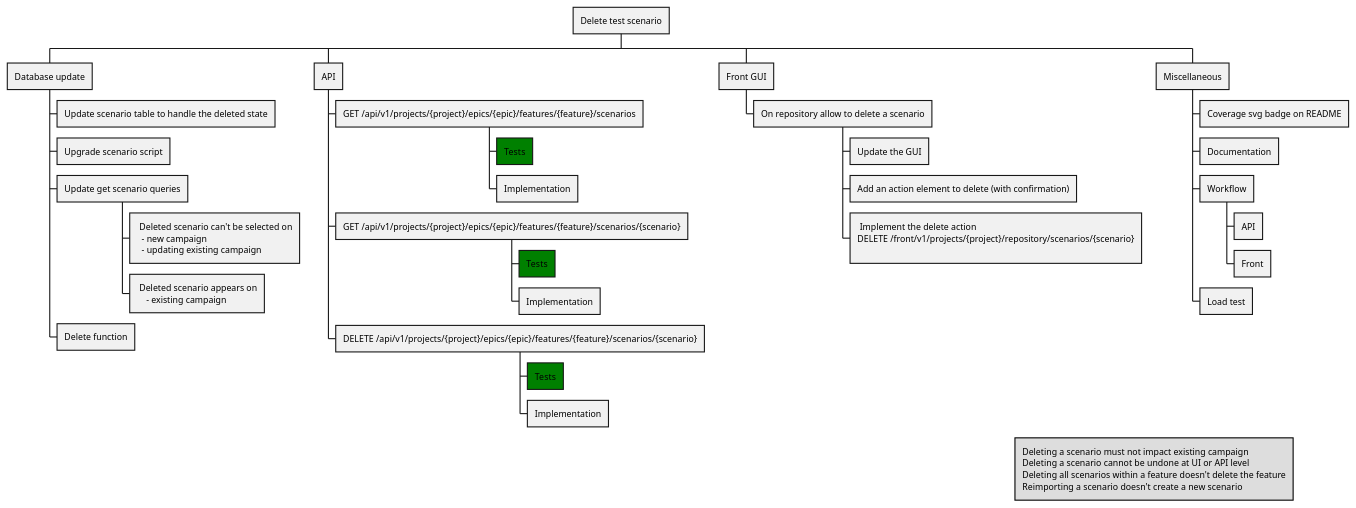
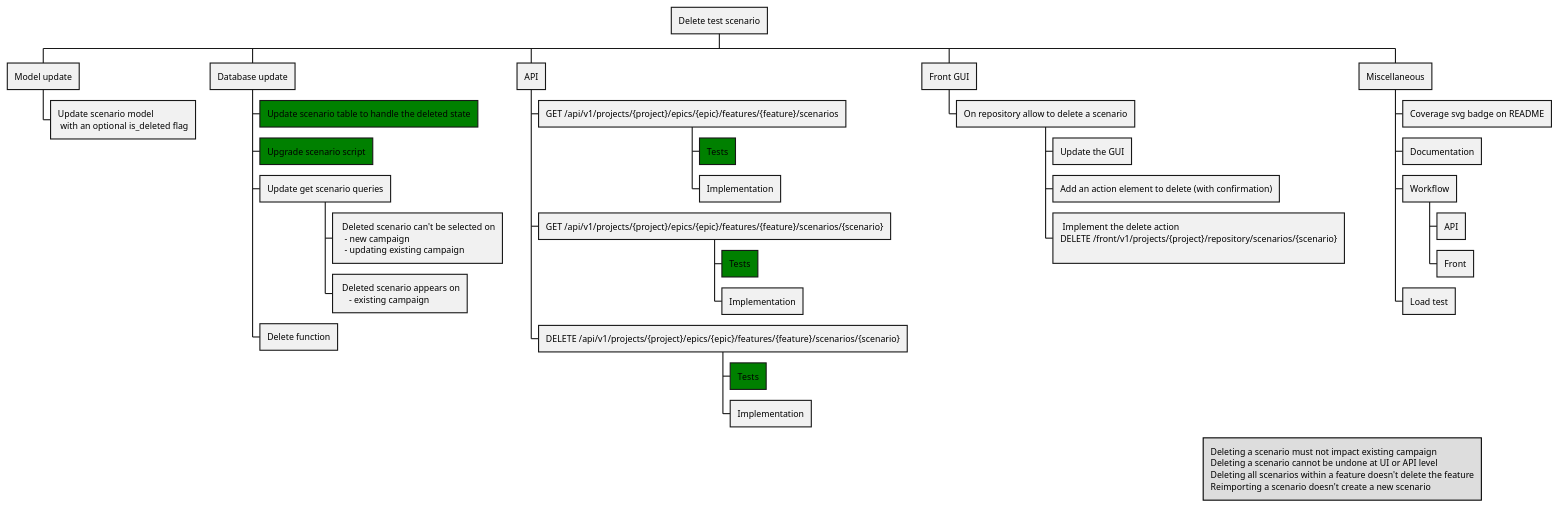
The diagram in documentation/worklog/delete_test_scenario.puml (Hidden-goblin/eaidashboard), drawn with PlantUML before and after one commit. The commit also changed 7 other files, not shown here.

```diff
--- a/documentation/worklog/delete_test_scenario.puml
+++ b/documentation/worklog/delete_test_scenario.puml
@@ -1,48 +1,50 @@
 @startwbs
 'https://plantuml.com/wbs-diagram
 'https://github.com/Hidden-goblin/eaidashboard/issues/6
 
 * Delete test scenario
+** Model update
+*** Update scenario model\n with an optional is_deleted flag
 ** Database update
-*** Update scenario table to handle the deleted state
-*** Upgrade scenario script
+***[#green] Update scenario table to handle the deleted state
+***[#green] Upgrade scenario script
 *** Update get scenario queries
 ****: Deleted scenario can't be selected on
   - new campaign
   - updating existing campaign;
 ****: Deleted scenario appears on
     - existing campaign;
 *** Delete function
 ** API
 *** GET /api/v1/projects/{project}/epics/{epic}/features/{feature}/scenarios
 ****[#green] Tests
 **** Implementation
 *** GET /api/v1/projects/{project}/epics/{epic}/features/{feature}/scenarios/{scenario}
 ****[#green] Tests
 **** Implementation
 *** DELETE  /api/v1/projects/{project}/epics/{epic}/features/{feature}/scenarios/{scenario}
 ****[#green] Tests
 **** Implementation
 ** Front GUI
 *** On repository allow to delete a scenario
 **** Update the GUI
 **** Add an action element to delete (with confirmation)
 ****: Implement the delete action
 DELETE /front/v1/projects/{project}/repository/scenarios/{scenario}
 ;
 ** Miscellaneous
 *** Coverage svg badge on README
 *** Documentation
 *** Workflow
 **** API
 **** Front
 *** Load test
 
 legend right
    Deleting a scenario must not impact existing campaign
    Deleting a scenario cannot be undone at UI or API level
    Deleting all scenarios within a feature doesn't delete the feature
    Reimporting a scenario doesn't create a new scenario
 endlegend
 
 @endwbs
```
